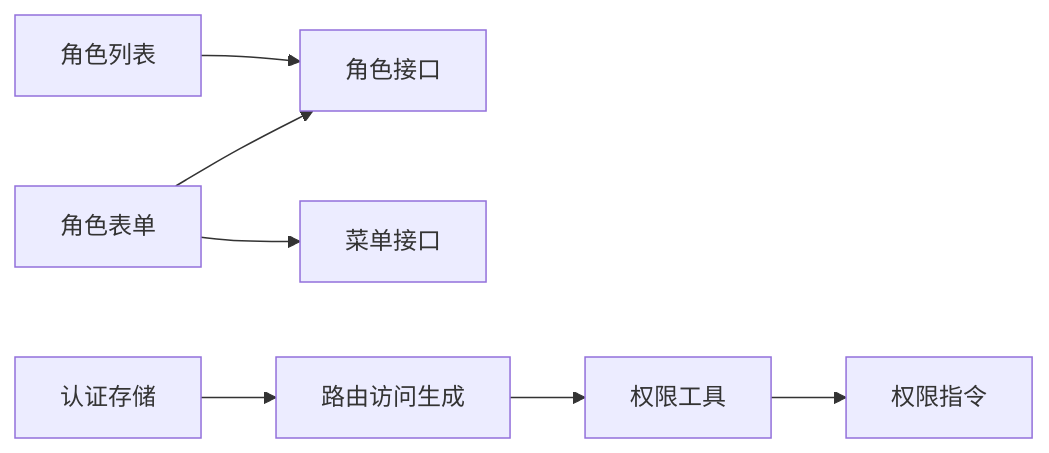
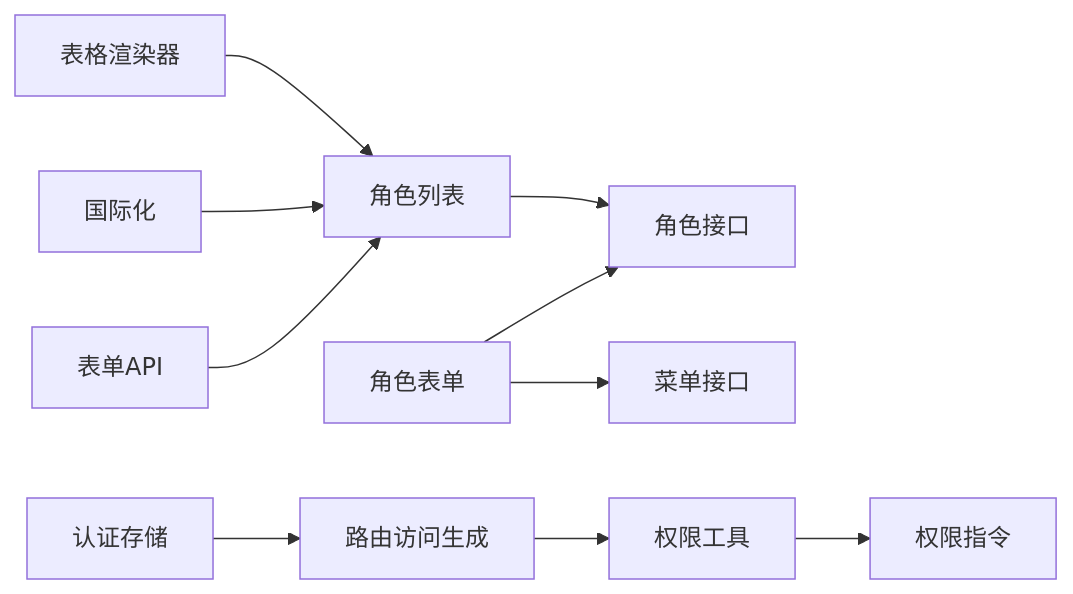
One commit to ShiRuYu/shiyu-ui changed the eighth of 8 diagrams in .qoder/repowiki/zh/content/业务模块/角色管理.md. Above: the diagram before and after it, drawn with Mermaid. The commit also changed other lines of this file and 37 other files, not shown here.

````diff
--- a/.qoder/repowiki/zh/content/业务模块/角色管理.md
+++ b/.qoder/repowiki/zh/content/业务模块/角色管理.md
@@ -439,9 +526,12 @@
 ```mermaid
 graph LR
 RL["角色列表"] --> RA["角色接口"]
 RF["角色表单"] --> RA
 RF --> MA["菜单接口"]
 AUTH["认证存储"] --> ACCESS["路由访问生成"]
 ACCESS --> ACU["权限工具"]
 ACU --> ACD["权限指令"]
+VT["表格渲染器"] --> RL
+LOCALE["国际化"] --> RL
+FORMAPI["表单API"] --> RL
 ```
````
